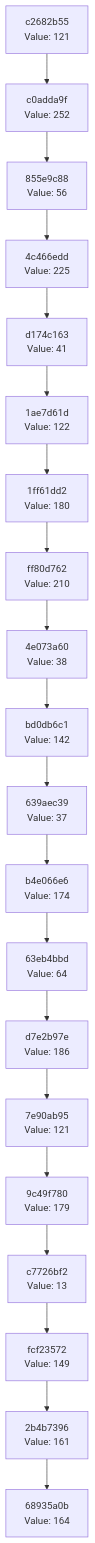
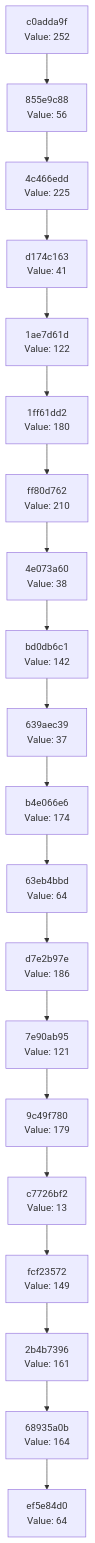
The diagram in docs/CHAIN_VISUALIZATION.md (Abhisheksinha1506/hash-chain-evolver), drawn with Mermaid before and after one commit. The commit also changed 2 other files, not shown here.

Commit message:
Evolution step: hash 0x40 → action executed

````diff
--- a/docs/CHAIN_VISUALIZATION.md
+++ b/docs/CHAIN_VISUALIZATION.md
@@ -3,42 +3,42 @@
 ```mermaid
 graph TD
-    C0["68935a0b<br/>Value: 164"]
-    C1["2b4b7396<br/>Value: 161"]
+    C0["ef5e84d0<br/>Value: 64"]
+    C1["68935a0b<br/>Value: 164"]
     C1 --> C0
-    C2["fcf23572<br/>Value: 149"]
+    C2["2b4b7396<br/>Value: 161"]
     C2 --> C1
-    C3["c7726bf2<br/>Value: 13"]
+    C3["fcf23572<br/>Value: 149"]
     C3 --> C2
-    C4["9c49f780<br/>Value: 179"]
+    C4["c7726bf2<br/>Value: 13"]
     C4 --> C3
-    C5["7e90ab95<br/>Value: 121"]
+    C5["9c49f780<br/>Value: 179"]
     C5 --> C4
-    C6["d7e2b97e<br/>Value: 186"]
+    C6["7e90ab95<br/>Value: 121"]
     C6 --> C5
-    C7["63eb4bbd<br/>Value: 64"]
+    C7["d7e2b97e<br/>Value: 186"]
     C7 --> C6
-    C8["b4e066e6<br/>Value: 174"]
+    C8["63eb4bbd<br/>Value: 64"]
     C8 --> C7
-    C9["639aec39<br/>Value: 37"]
+    C9["b4e066e6<br/>Value: 174"]
     C9 --> C8
-    C10["bd0db6c1<br/>Value: 142"]
+    C10["639aec39<br/>Value: 37"]
     C10 --> C9
-    C11["4e073a60<br/>Value: 38"]
+    C11["bd0db6c1<br/>Value: 142"]
     C11 --> C10
-    C12["ff80d762<br/>Value: 210"]
+    C12["4e073a60<br/>Value: 38"]
     C12 --> C11
-    C13["1ff61dd2<br/>Value: 180"]
+    C13["ff80d762<br/>Value: 210"]
     C13 --> C12
-    C14["1ae7d61d<br/>Value: 122"]
+    C14["1ff61dd2<br/>Value: 180"]
     C14 --> C13
-    C15["d174c163<br/>Value: 41"]
+    C15["1ae7d61d<br/>Value: 122"]
     C15 --> C14
-    C16["4c466edd<br/>Value: 225"]
+    C16["d174c163<br/>Value: 41"]
     C16 --> C15
-    C17["855e9c88<br/>Value: 56"]
+    C17["4c466edd<br/>Value: 225"]
     C17 --> C16
-    C18["c0adda9f<br/>Value: 252"]
+    C18["855e9c88<br/>Value: 56"]
     C18 --> C17
-    C19["c2682b55<br/>Value: 121"]
+    C19["c0adda9f<br/>Value: 252"]
     C19 --> C18
 ```
````
